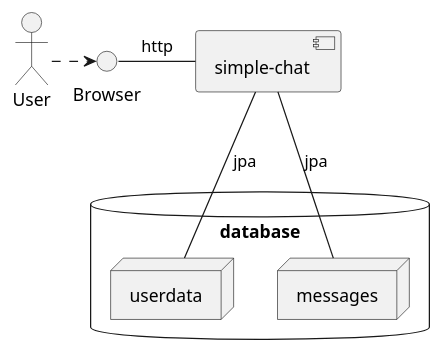
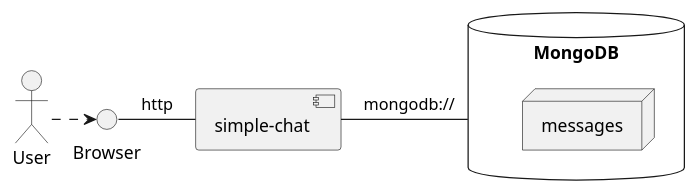
Before and after one commit to mszalbach/simple-chat: the diagram in chat-docu/src/site/plantuml/technicalContext.puml, drawn with PlantUML. The commit also changed 17 other files, not shown here.

```diff
--- a/chat-docu/src/site/plantuml/technicalContext.puml
+++ b/chat-docu/src/site/plantuml/technicalContext.puml
@@ -1,12 +1,10 @@
 @startuml
 actor User
 component "simple-chat" as system
 User .> ()Browser
 Browser - system:http
-database database {
-    node userdata
+database MongoDB as db {
     node messages
 }
-system - userdata :jpa
-system -- messages :jpa
+system - db :mongodb://
 @enduml
```
